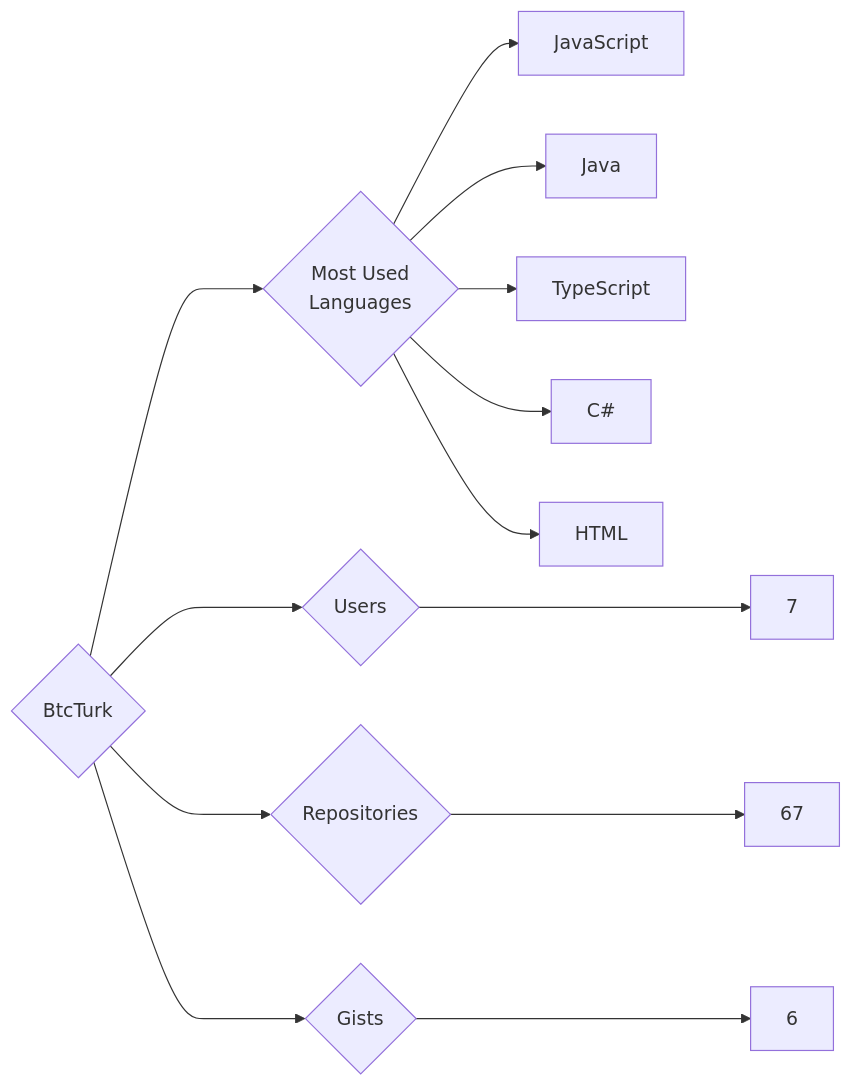
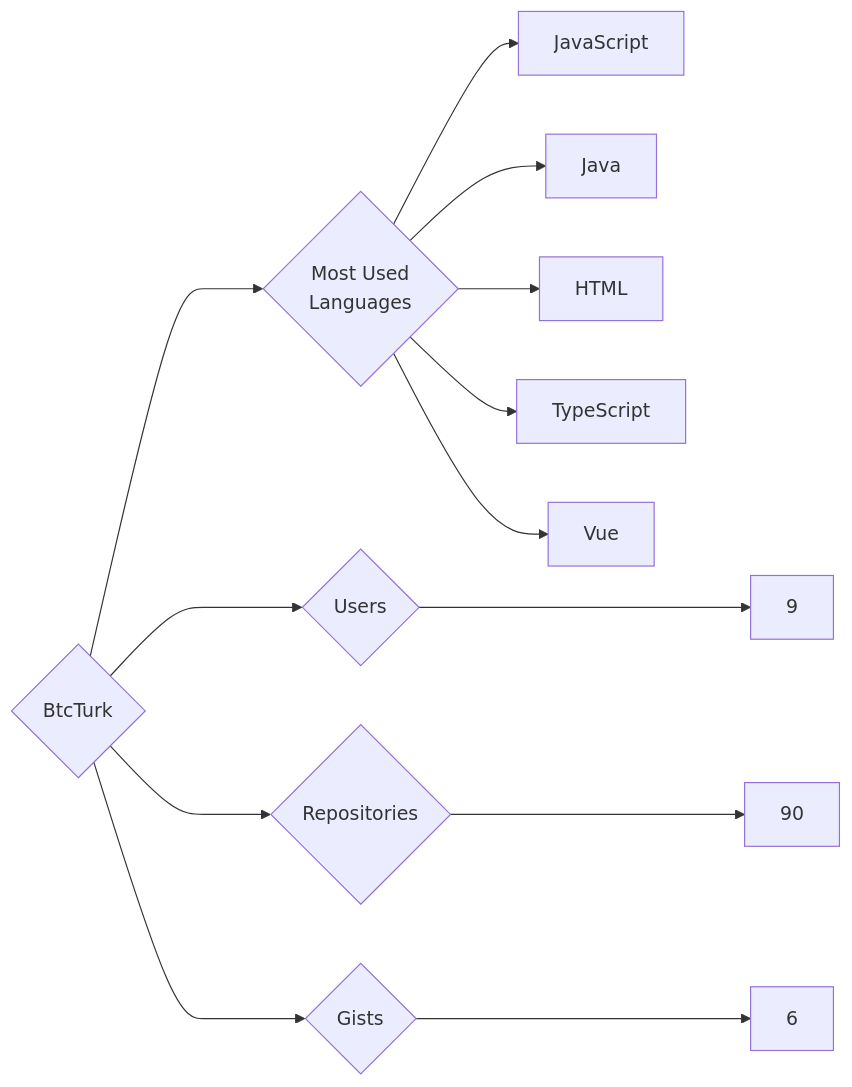
Before and after one commit to trickest/insiders: the diagram in targets/BtcTurk/README.md, drawn with Mermaid. The commit also changed 1212 other files, not shown here.

````diff
--- a/targets/BtcTurk/README.md
+++ b/targets/BtcTurk/README.md
@@ -3,13 +3,13 @@
 ```mermaid
 graph LR
 COMPANY_NAME{BtcTurk}
-COMPANY_NAME ---> U{Users} ---> UN[7]
-COMPANY_NAME ---> R{Repositories} ---> RN[67]
+COMPANY_NAME ---> U{Users} ---> UN[9]
+COMPANY_NAME ---> R{Repositories} ---> RN[90]
 COMPANY_NAME ---> G{Gists} ---> GN[6]
 COMPANY_NAME ---> ML{Most Used<br>Languages}
 ML --> JavaScript[JavaScript]
 ML --> Java[Java]
+ML --> HTML[HTML]
 ML --> TypeScript[TypeScript]
-ML --> C#[C#]
-ML --> HTML[HTML]
+ML --> Vue[Vue]
 ```
````
